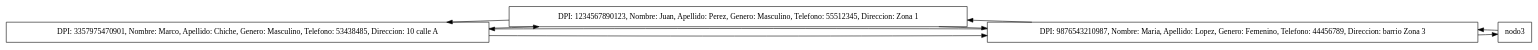
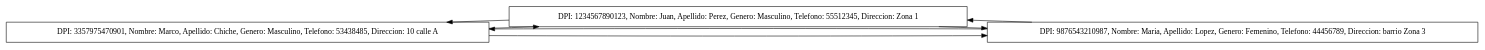
One commit to Marco131-xel/Edd_Proyecto2 changed the diagram in Rapidito/Lista_Dob.dot. Above: the diagram before and after it, drawn with Graphviz. The commit also changed 24 other files, not shown here.

```diff
--- a/Rapidito/Lista_Dob.dot
+++ b/Rapidito/Lista_Dob.dot
@@ -1,15 +1,13 @@
 digraph G {
 rankdir=LR;
 node [shape=record];
 nodo0 [label="DPI: 3357975470901, Nombre:  Marco, Apellido:  Chiche, Genero:  Masculino, Telefono:  53438485, Direccion:  10 calle A"];
 nodo1 [label="DPI: 1234567890123, Nombre:  Juan, Apellido:  Perez, Genero:  Masculino, Telefono:  55512345, Direccion:  Zona 1"];
 nodo2 [label="DPI: 9876543210987, Nombre:  Maria, Apellido:  Lopez, Genero:  Femenino, Telefono:  44456789, Direccion:  barrio Zona 3"];
 nodo0 -> nodo1;
 nodo1 -> nodo0;
 nodo1 -> nodo2;
 nodo2 -> nodo1;
-nodo2 -> nodo3;
-nodo3 -> nodo2;
 nodo2 -> nodo0;
 nodo0 -> nodo2;
 }
```
